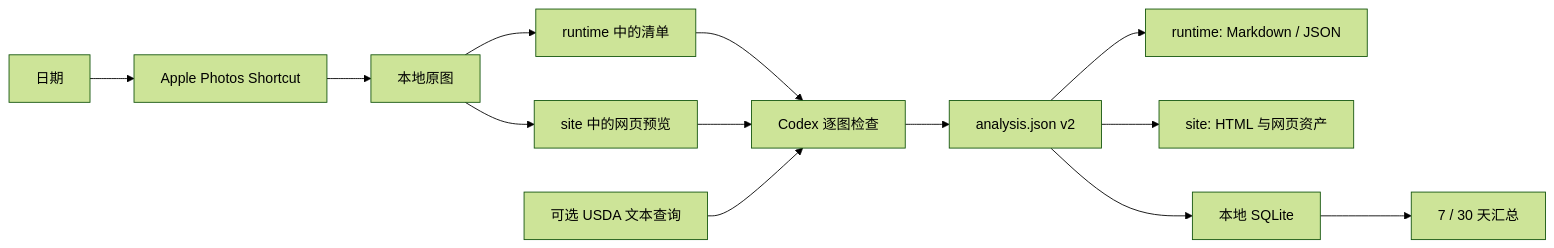
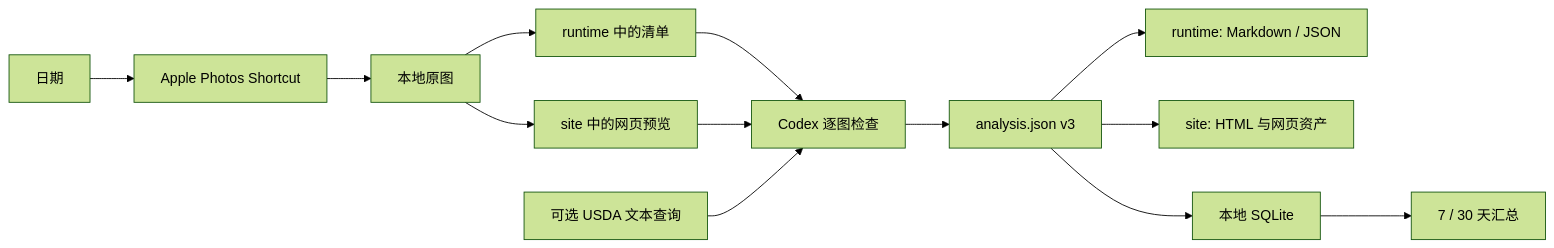
The diagram in README.zh-CN.md (imathwy/health), drawn with Mermaid (forest theme) before and after one commit. The commit also changed other lines of this file and 23 other files, not shown here.

````diff
--- a/README.zh-CN.md
+++ b/README.zh-CN.md
@@ -7,15 +7,15 @@
 ```mermaid
 flowchart LR
     A[日期] --> B[Apple Photos Shortcut]
     B --> C[本地原图]
     C --> D[runtime 中的清单]
     C --> P[site 中的网页预览]
     D --> E[Codex 逐图检查]
     P --> E
     U[可选 USDA 文本查询] --> E
-    E --> F[analysis.json v2]
+    E --> F[analysis.json v3]
     F --> G[runtime: Markdown / JSON]
     F --> W[site: HTML 与网页资产]
     F --> H[本地 SQLite]
     H --> I[7 / 30 天汇总]
 ```
````
